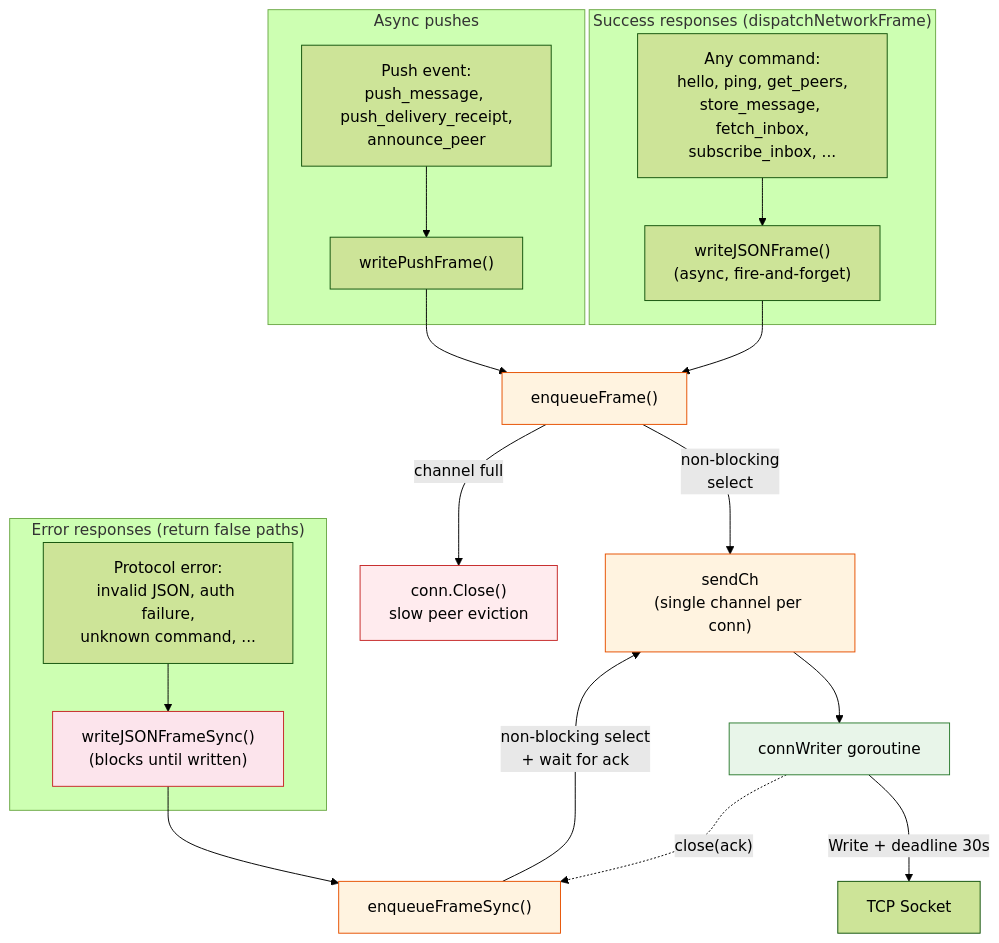
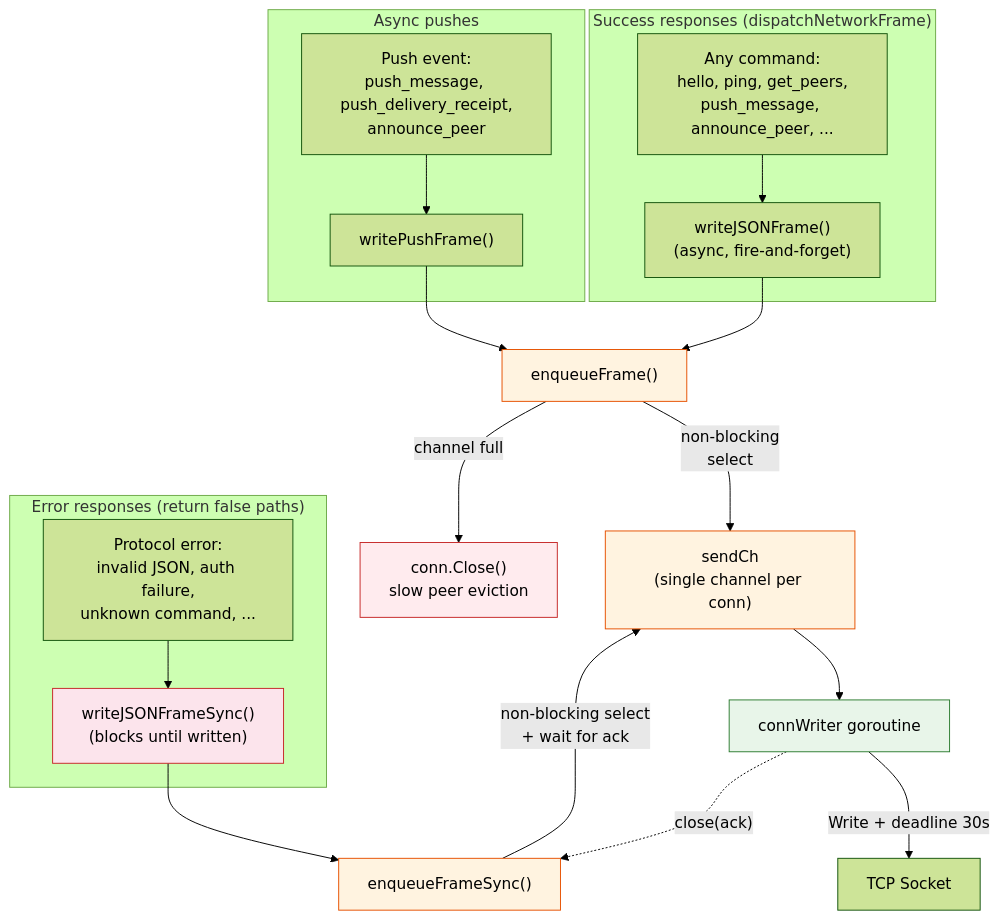
Before and after one commit to piratecash/corsa: the ninth of 18 diagrams in docs/mesh.md, drawn with Mermaid (forest theme). The commit also changed other lines of this file and 67 other files, not shown here.

````diff
--- a/docs/mesh.md
+++ b/docs/mesh.md
@@ -658,44 +647,44 @@
 ```mermaid
 flowchart TD
     subgraph "Success responses (dispatchNetworkFrame)"
-        CMD["Any command:<br/>hello, ping, get_peers,<br/>store_message, fetch_inbox,<br/>subscribe_inbox, ..."]
+        CMD["Any command:<br/>hello, ping, get_peers,<br/>push_message, announce_peer, ..."]
         WJF["writeJSONFrame()<br/>(async, fire-and-forget)"]
     end
 
     subgraph "Error responses (return false paths)"
         ERR["Protocol error:<br/>invalid JSON, auth failure,<br/>unknown command, ..."]
         WJFS["writeJSONFrameSync()<br/>(blocks until written)"]
     end
 
     subgraph "Async pushes"
         PUSH["Push event:<br/>push_message, push_delivery_receipt,<br/>announce_peer"]
         WPF["writePushFrame()"]
     end
 
     ENQ["enqueueFrame()"]
     ENQS["enqueueFrameSync()"]
     CH["sendCh<br/>(single channel per conn)"]
     CW["connWriter goroutine"]
     TCP["TCP Socket"]
 
     CMD --> WJF
     WJF --> ENQ
     ERR --> WJFS
     WJFS --> ENQS
     PUSH --> WPF
     WPF --> ENQ
     ENQ -->|"non-blocking<br/>select"| CH
     ENQS -->|"non-blocking select<br/>+ wait for ack"| CH
     CH --> CW
     CW -->|"Write + deadline 30s"| TCP
     CW -.->|"close(ack)"| ENQS
 
     ENQ -->|"channel full"| EVICT["conn.Close()<br/>slow peer eviction"]
 
     style ENQ fill:#fff3e0,stroke:#e65100
     style ENQS fill:#fff3e0,stroke:#e65100
     style EVICT fill:#ffebee,stroke:#c62828
     style CW fill:#e8f5e9,stroke:#2e7d32
     style CH fill:#fff3e0,stroke:#e65100
     style WJFS fill:#fce4ec,stroke:#c62828
 ```
````
